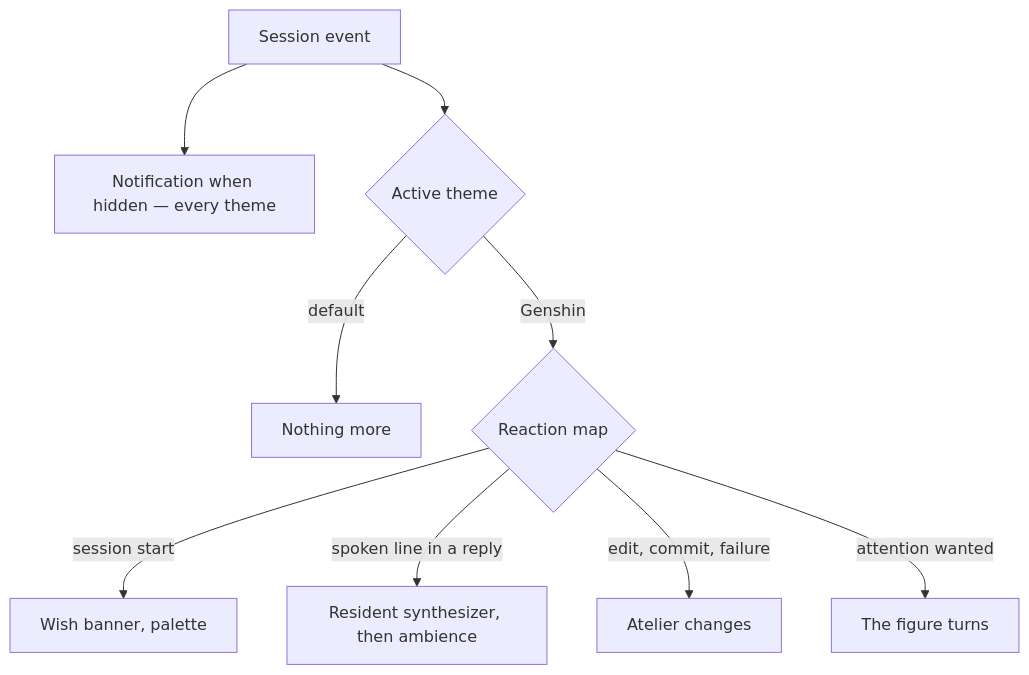
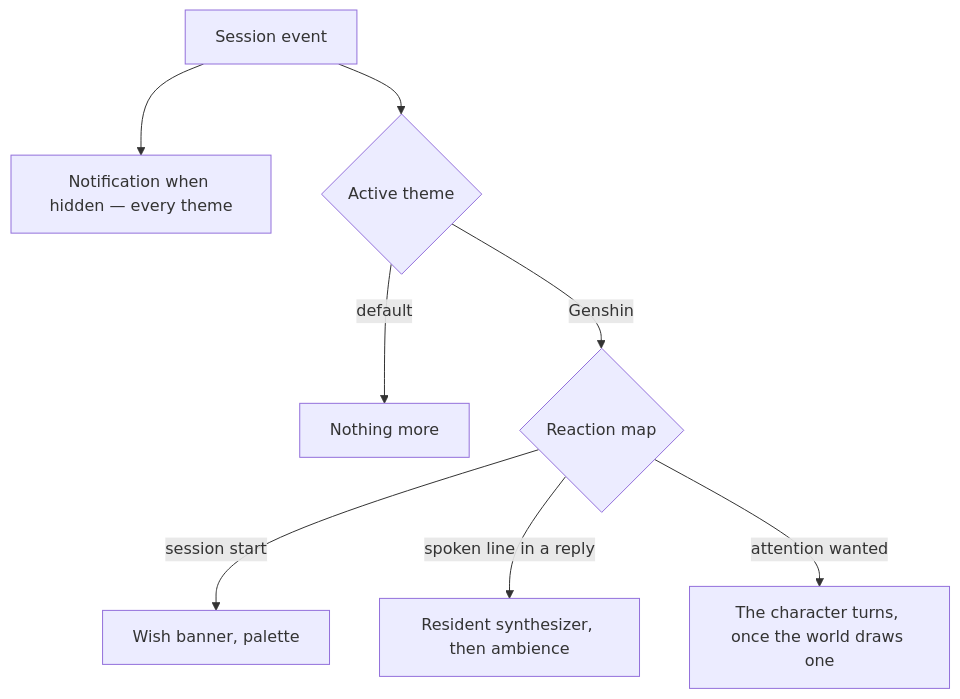
One commit to Esposter/Esposter changed the diagram in apps/web/content/docs/proposals/infra/agent-console/themes.md. Above: the diagram before and after it, drawn with Mermaid. The commit also changed other lines of this file and 134 other files, not shown here.

````diff
--- a/apps/web/content/docs/proposals/infra/agent-console/themes.md
+++ b/apps/web/content/docs/proposals/infra/agent-console/themes.md
@@ -30,11 +30,10 @@
 ```mermaid
 flowchart TD
   E[Session event] --> N[Notification when hidden — every theme]
   E --> TH{Active theme}
   TH -->|default| Q[Nothing more]
   TH -->|Genshin| R{Reaction map}
   R -->|session start| WB[Wish banner, palette]
   R -->|spoken line in a reply| SY[Resident synthesizer, then ambience]
-  R -->|edit, commit, failure| AT[Atelier changes]
-  R -->|attention wanted| PO[The figure turns]
+  R -->|attention wanted| PO[The character turns, once the world draws one]
 ```
````
